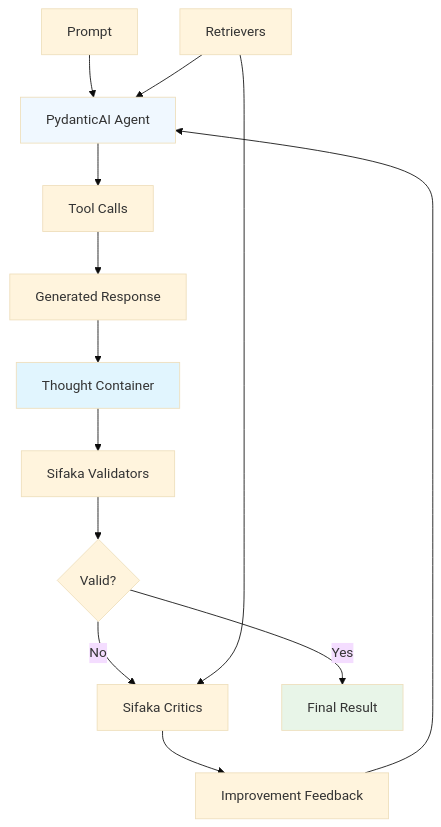
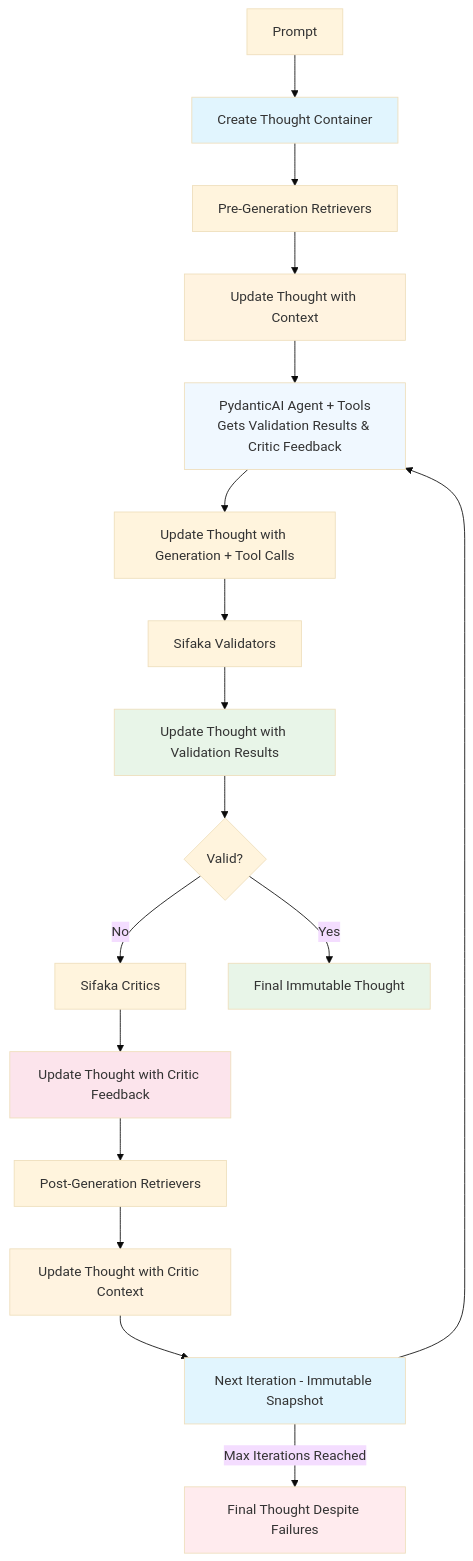
The diagram in README.md (sifaka-ai/sifaka), drawn with Mermaid (base theme) before and after one commit. The commit also changed other lines of this file and 142 other files, not shown here.

````diff
--- a/README.md
+++ b/README.md
@@ -81,20 +71,29 @@
 ```mermaid
 graph TD
-    A[Prompt] --> B[PydanticAI Agent]
-    B --> C[Tool Calls]
-    C --> D[Generated Response]
-    D --> E[Thought Container]
-    E --> F[Sifaka Validators]
-    F --> G{Valid?}
-    G -->|No| H[Sifaka Critics]
-    H --> I[Improvement Feedback]
-    I --> B
-    G -->|Yes| J[Final Result]
+    A[Prompt] --> B[Create Thought Container]
+    B --> C[Pre-Generation Retrievers]
+    C --> D[Update Thought with Context]
+    D --> E[PydanticAI Agent + Tools<br/>Gets Validation Results & Critic Feedback]
+    E --> F[Update Thought with Generation + Tool Calls]
+    F --> G[Sifaka Validators]
+    G --> H[Update Thought with Validation Results]
+    H --> I{Valid?}
+    I -->|No| J[Sifaka Critics]
+    J --> K[Update Thought with Critic Feedback]
+    K --> L[Post-Generation Retrievers]
+    L --> M[Update Thought with Critic Context]
+    M --> N[Next Iteration - Immutable Snapshot]
+    N --> E
+    I -->|Yes| O[Final Immutable Thought]
+    N -->|Max Iterations Reached| P[Final Thought Despite Failures]
 
-    K[Retrievers] --> B
-    K --> H
-
-    style B fill:#f0f8ff
-    style E fill:#e1f5fe
-    style J fill:#e8f5e8
+    style B fill:#e1f5fe
+    style D fill:#fff3e0
+    style E fill:#f0f8ff
+    style H fill:#e8f5e8
+    style K fill:#fce4ec
+    style M fill:#fff3e0
+    style N fill:#e1f5fe
+    style O fill:#e8f5e8
+    style P fill:#ffebee
 ```
````
